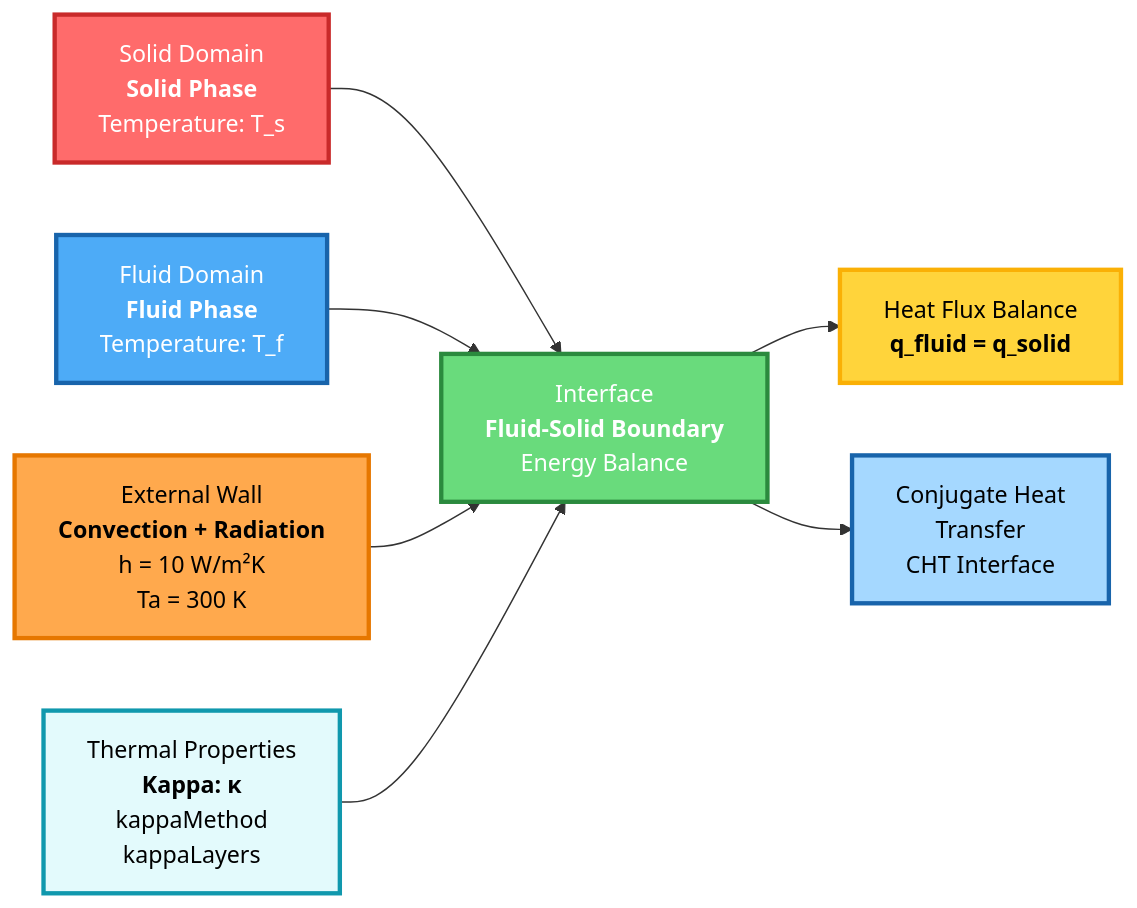
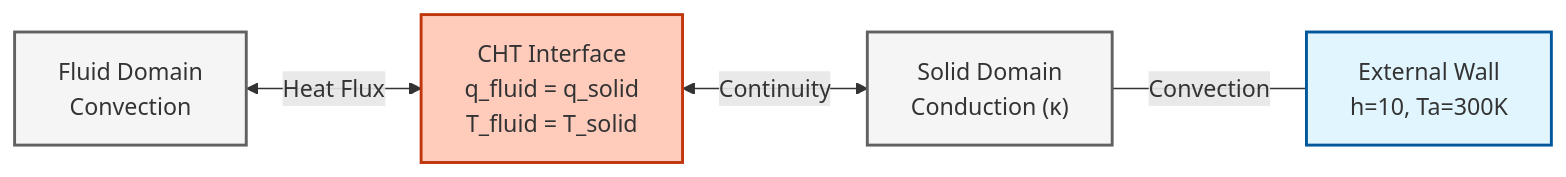
One commit to wramet/build-my-cfd changed the fourth of 5 diagrams in MODULE_01_CFD_FUNDAMENTALS/CONTENT/01_GOVERNING_EQUATIONS/06_Boundary_Conditions.md. Above: the diagram before and after it, drawn with Mermaid. The commit also changed other lines of this file and 313 other files, not shown here.

Commit message:
Revise all diagram

````diff
--- a/MODULE_01_CFD_FUNDAMENTALS/CONTENT/01_GOVERNING_EQUATIONS/06_Boundary_Conditions.md
+++ b/MODULE_01_CFD_FUNDAMENTALS/CONTENT/01_GOVERNING_EQUATIONS/06_Boundary_Conditions.md
@@ -476,22 +440,14 @@
 ```mermaid
 graph LR
-    A["Solid Domain<br/><b>Solid Phase</b><br/>Temperature: T_s"] --> C["Interface<br/><b>Fluid-Solid Boundary</b><br/>Energy Balance"]
-    B["Fluid Domain<br/><b>Fluid Phase</b><br/>Temperature: T_f"] --> C
-    C --> D["Heat Flux Balance<br/><b>q_fluid = q_solid</b>"]
-    C --> E["Conjugate Heat<br/>Transfer<br/>CHT Interface"]
-    F["External Wall<br/><b>Convection + Radiation</b><br/>h = 10 W/m²K<br/>Ta = 300 K"] --> C
-    G["Thermal Properties<br/><b>Kappa: κ</b><br/>kappaMethod<br/>kappaLayers"] --> C
+classDef implicit fill:#e1f5fe,stroke:#01579b,stroke-width:2px
+classDef explicit fill:#ffccbc,stroke:#bf360c,stroke-width:2px
+classDef context fill:#f5f5f5,stroke:#616161,stroke-width:2px
+Fluid["Fluid Domain<br/>Convection"]:::context
+Interface["CHT Interface<br/>q_fluid = q_solid<br/>T_fluid = T_solid"]:::explicit
+Solid["Solid Domain<br/>Conduction (κ)"]:::context
+Ext["External Wall<br/>h=10, Ta=300K"]:::implicit
 
-    style A fill:#ff6b6b,stroke:#c92a2a,stroke-width:3px,color:#fff
-    style B fill:#4dabf7,stroke:#1864ab,stroke-width:3px,color:#fff
-    style C fill:#69db7c,stroke:#2b8a3e,stroke-width:3px,color:#fff
-    style D fill:#ffd43b,stroke:#fab005,stroke-width:3px,color:#000
-    style E fill:#a5d8ff,stroke:#1864ab,stroke-width:3px,color:#000
-    style F fill:#ffa94d,stroke:#e67700,stroke-width:3px,color:#000
-    style G fill:#e3fafc,stroke:#1098ad,stroke-width:3px,color:#000
-
-    classDef domain fill:#e8f4f8,stroke:#0b7285,stroke-width:2px,color:#000;
-    classDef interface fill:#d0ebff,stroke:#1971c2,stroke-width:2px,color:#000;
-    classDef physics fill:#fff4e6,stroke:#fd7e14,stroke-width:2px,color:#000;
-    classDef properties fill:#ebf8ff,stroke:#1971c2,stroke-width:2px,color:#000;
+Fluid <-->|Heat Flux| Interface
+Interface <-->|Continuity| Solid
+Solid ---|Convection| Ext
 ```
````
